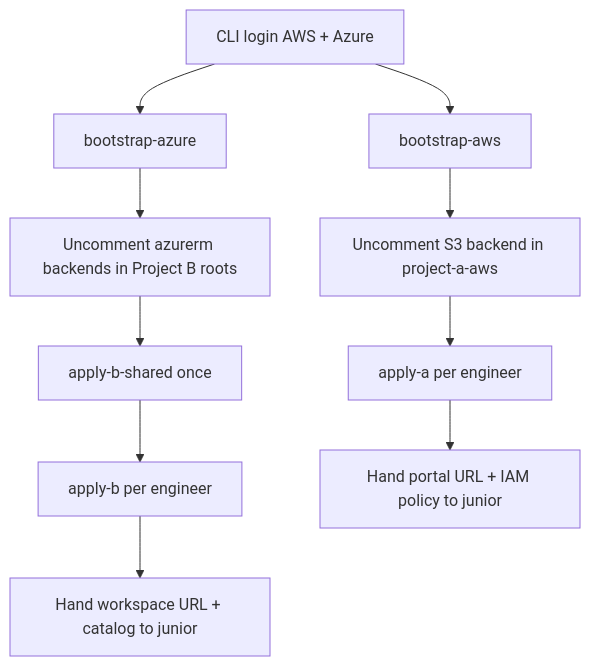
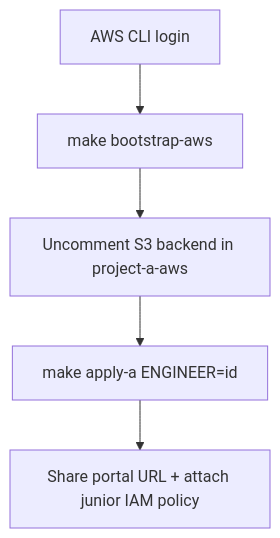
Before and after one commit to Rhiannax3/sandbox-infrastructure-sar-project: the first of 2 diagrams in docs/platform-admin/runbook.md, drawn with Mermaid. The commit also changed other lines of this file and 8 other files, not shown here.

First line of the commit message:
Separate AWS and Azure setup into independent project tracks.

````diff
--- a/docs/platform-admin/runbook.md
+++ b/docs/platform-admin/runbook.md
@@ -251,12 +131,7 @@
 ```mermaid
 flowchart TD
-  creds[CLI login AWS + Azure] --> bootAws[bootstrap-aws]
-  creds --> bootAz[bootstrap-azure]
-  bootAws --> backendA[Uncomment S3 backend in project-a-aws]
-  bootAz --> backendB[Uncomment azurerm backends in Project B roots]
-  backendA --> applyA[apply-a per engineer]
-  backendB --> applyShared[apply-b-shared once]
-  applyShared --> applyB[apply-b per engineer]
-  applyA --> handoffA[Hand portal URL + IAM policy to junior]
-  applyB --> handoffB[Hand workspace URL + catalog to junior]
+  login[AWS CLI login] --> boot[make bootstrap-aws]
+  boot --> backend[Uncomment S3 backend in project-a-aws]
+  backend --> apply[make apply-a ENGINEER=id]
+  apply --> handoff[Share portal URL + attach junior IAM policy]
 ```
````
